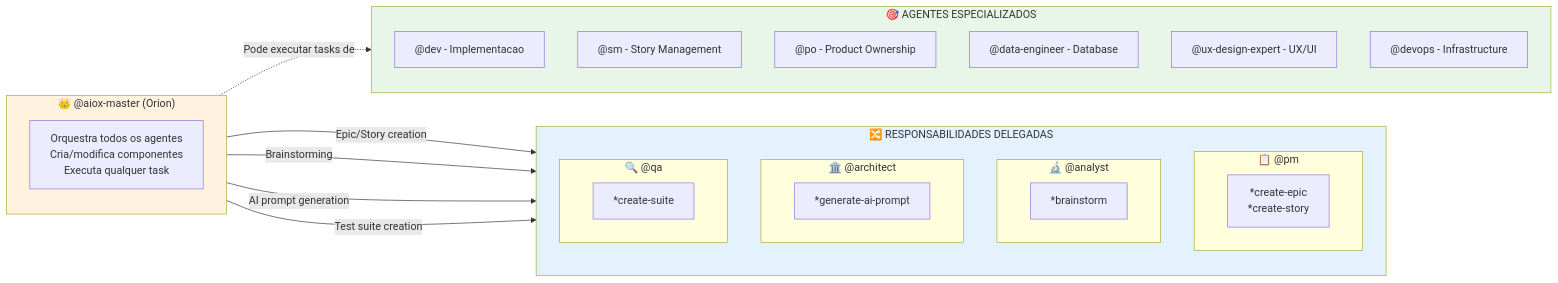
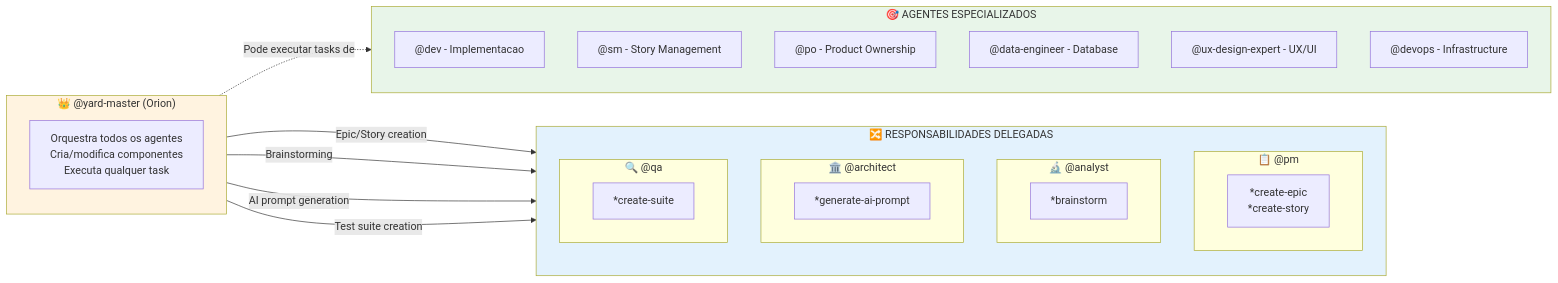
Before and after one commit to ernesto-langa/yard-core: the third of 3 diagrams in docs/guides/agents/AIOX-MASTER-SYSTEM.md, drawn with Mermaid. The commit also changed other lines of this file and 529 other files, not shown here.

````diff
--- a/docs/guides/agents/AIOX-MASTER-SYSTEM.md
+++ b/docs/guides/agents/AIOX-MASTER-SYSTEM.md
@@ -323,46 +323,46 @@
 ```mermaid
 flowchart LR
-    subgraph MASTER["👑 @aiox-master (Orion)"]
+    subgraph MASTER["👑 @yard-master (Orion)"]
         MASTER_DESC["Orquestra todos os agentes<br/>Cria/modifica componentes<br/>Executa qualquer task"]
     end
 
     subgraph DELEGATED["🔀 RESPONSABILIDADES DELEGADAS"]
         direction TB
 
         subgraph PM_BOX["📋 @pm"]
             PM_DESC["*create-epic<br/>*create-story"]
         end
 
         subgraph ANALYST_BOX["🔬 @analyst"]
             ANALYST_DESC["*brainstorm"]
         end
 
         subgraph ARCHITECT_BOX["🏛️ @architect"]
             ARCHITECT_DESC["*generate-ai-prompt"]
         end
 
         subgraph QA_BOX["🔍 @qa"]
             QA_DESC["*create-suite"]
         end
     end
 
     MASTER -->|"Epic/Story creation"| PM_BOX
     MASTER -->|"Brainstorming"| ANALYST_BOX
     MASTER -->|"AI prompt generation"| ARCHITECT_BOX
     MASTER -->|"Test suite creation"| QA_BOX
 
     subgraph SPECIALIZED["🎯 AGENTES ESPECIALIZADOS"]
         DEV["@dev - Implementacao"]
         SM["@sm - Story Management"]
         PO["@po - Product Ownership"]
         DATA["@data-engineer - Database"]
         UX["@ux-design-expert - UX/UI"]
         DEVOPS["@devops - Infrastructure"]
     end
 
     MASTER -.->|"Pode executar tasks de"| SPECIALIZED
 
     style MASTER fill:#fff3e0
     style DELEGATED fill:#e3f2fd
     style SPECIALIZED fill:#e8f5e9
 ```
````
